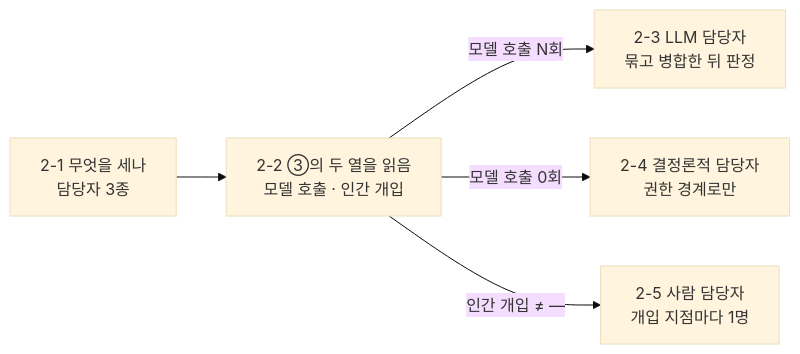
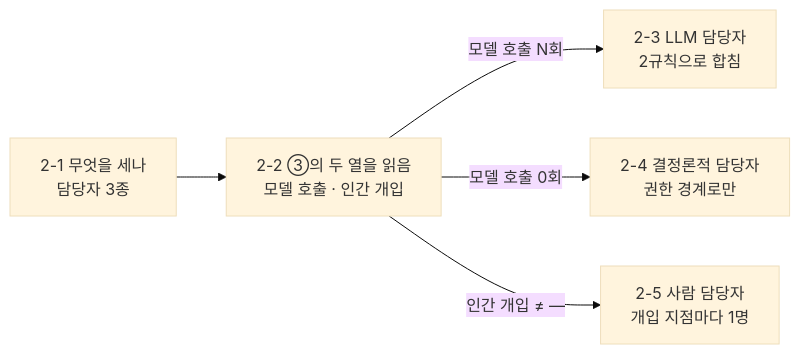
The second of 2 diagrams in design-architecture/guides/04-역할계약서-가이드.md (unicorn-campus/unicorn-skills), drawn with Mermaid (base theme) before and after one commit. The commit also changed other lines of this file and 16 other files, not shown here.

````diff
--- a/design-architecture/guides/04-역할계약서-가이드.md
+++ b/design-architecture/guides/04-역할계약서-가이드.md
@@ -63,7 +63,7 @@
 ```mermaid
 graph LR
   A["2-1 무엇을 세나<br/>담당자 3종"] --> B["2-2 ③의 두 열을 읽음<br/>모델 호출 · 인간 개입"]
-  B -->|"모델 호출 N회"| C["2-3 LLM 담당자<br/>묶고 병합한 뒤 판정"]
+  B -->|"모델 호출 N회"| C["2-3 LLM 담당자<br/>2규칙으로 합침"]
   B -->|"모델 호출 0회"| D["2-4 결정론적 담당자<br/>권한 경계로만"]
   B -->|"인간 개입 ≠ —"| E["2-5 사람 담당자<br/>개입 지점마다 1명"]
 ```
````
